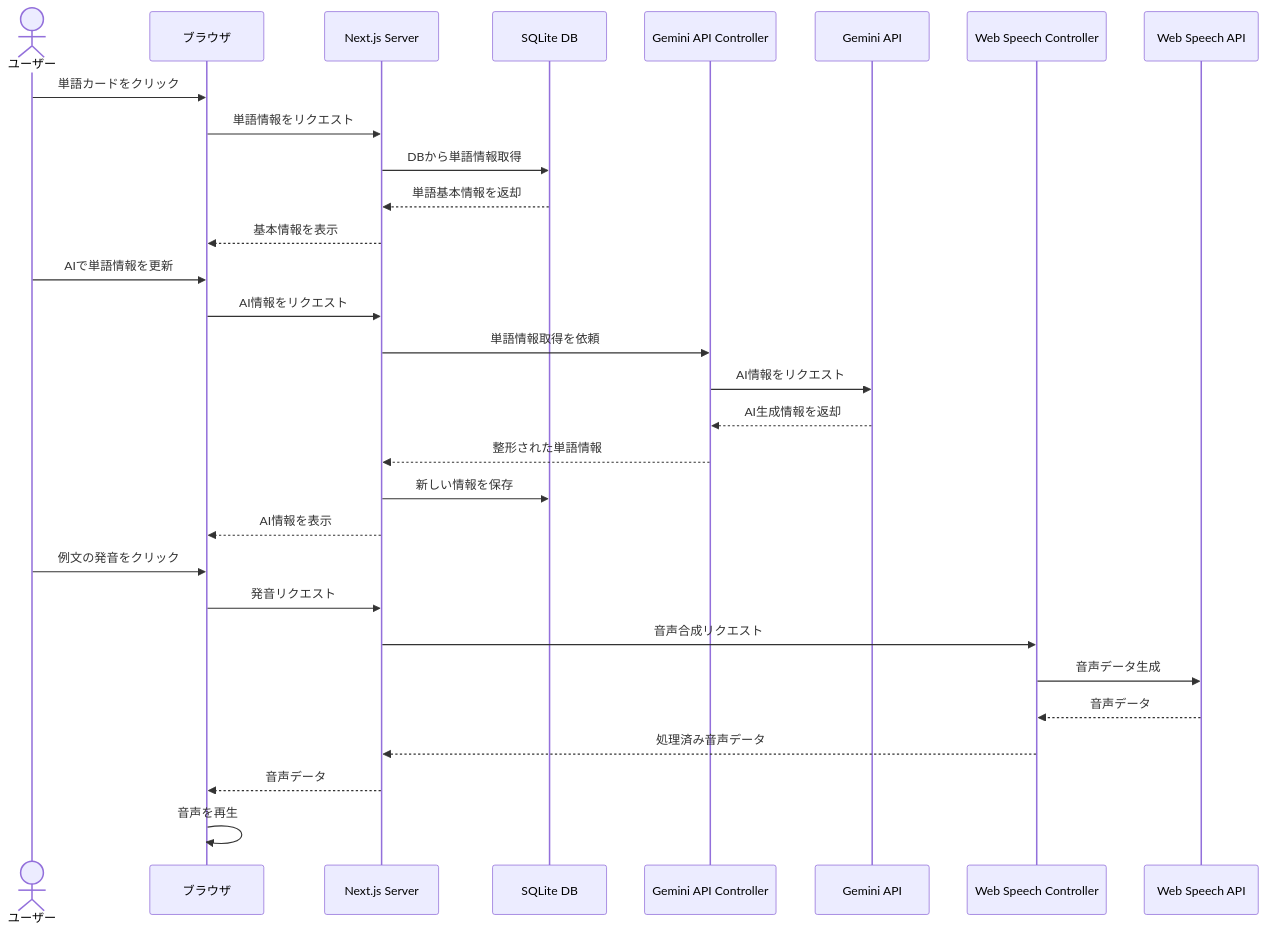
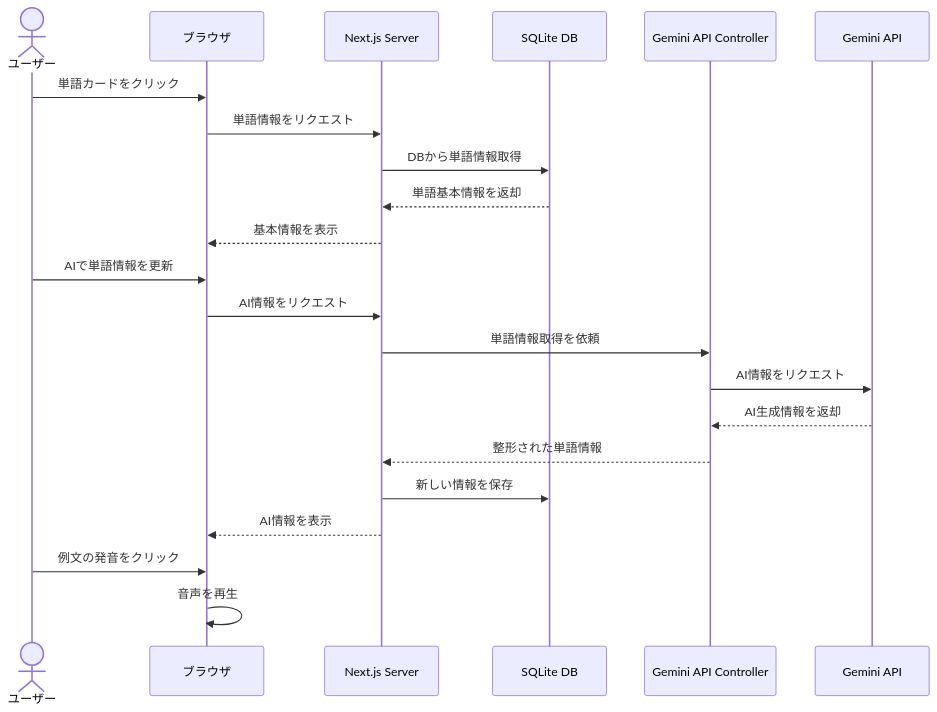
One commit to ayori1280h/vocabulary_app changed the third of 6 diagrams in README.md. Above: the diagram before and after it, drawn with Mermaid. The commit also changed other lines of this file, not shown here.

Commit message:
README修正

````diff
--- a/README.md
+++ b/README.md
@@ -109,35 +103,29 @@
 ```mermaid
 sequenceDiagram
     actor ユーザー
     participant Browser as ブラウザ
     participant Server as Next.js Server
     participant DB as SQLite DB
     participant APIController as Gemini API Controller
     participant API as Gemini API
-    participant SpeechController as Web Speech Controller
-    participant SpeechAPI as Web Speech API
+
+
     
     ユーザー->>Browser: 単語カードをクリック
     Browser->>Server: 単語情報をリクエスト
     Server->>DB: DBから単語情報取得
     DB-->>Server: 単語基本情報を返却
     Server-->>Browser: 基本情報を表示
     
     ユーザー->>Browser: AIで単語情報を更新
     Browser->>Server: AI情報をリクエスト
     Server->>APIController: 単語情報取得を依頼
     APIController->>API: AI情報をリクエスト
     API-->>APIController: AI生成情報を返却
     APIController-->>Server: 整形された単語情報
     Server->>DB: 新しい情報を保存
     Server-->>Browser: AI情報を表示
     
     ユーザー->>Browser: 例文の発音をクリック
-    Browser->>Server: 発音リクエスト
-    Server->>SpeechController: 音声合成リクエスト
-    SpeechController->>SpeechAPI: 音声データ生成
-    SpeechAPI-->>SpeechController: 音声データ
-    SpeechController-->>Server: 処理済み音声データ
-    Server-->>Browser: 音声データ
     Browser->>Browser: 音声を再生
 ```
````
